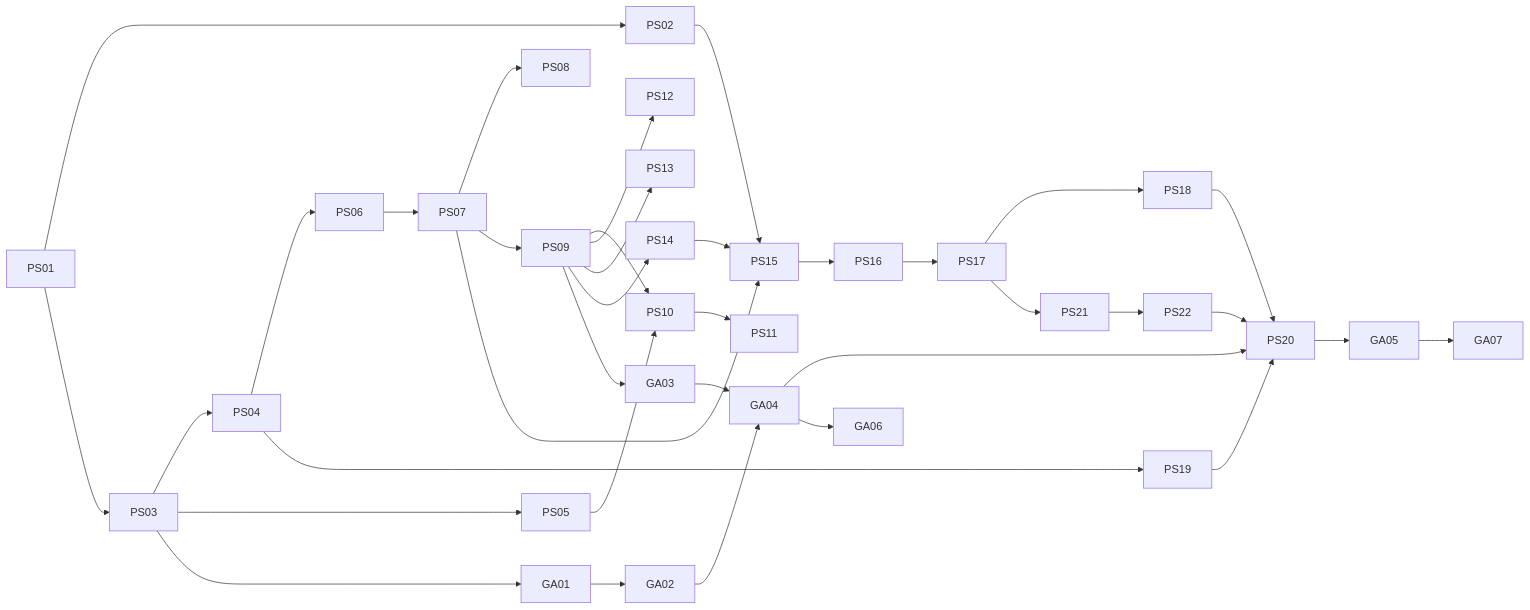
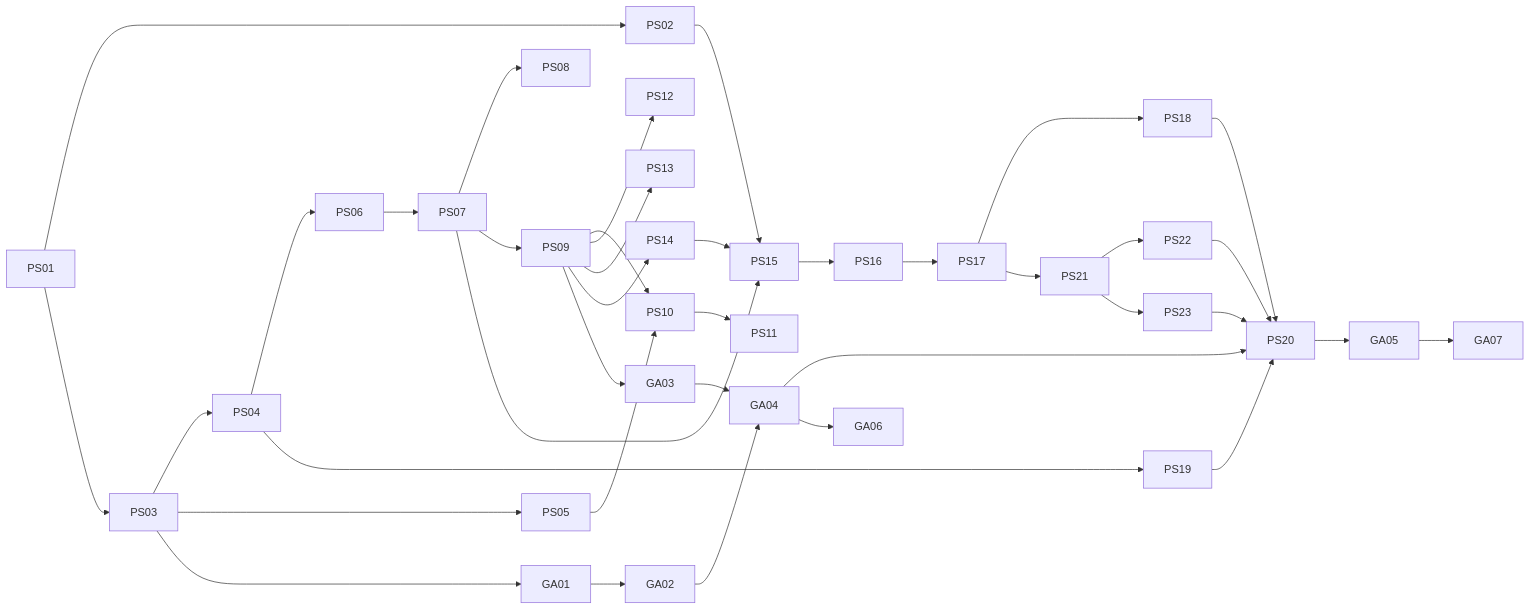
One commit to svennijhuis/agentPacks changed the first of 2 diagrams in docs/pbi/squad/README.md. Above: the diagram before and after it, drawn with Mermaid. The commit also changed other lines of this file and 10 other files, not shown here.

Commit message:
docs(pbi): PS23 repo process (git guardrails, pre-commit per language, issue tracker, setup state, retro target); PS21 ownership manifest and full chart table; PS22 formal pair back to pin, sync marker, clean run no PR

````diff
--- a/docs/pbi/squad/README.md
+++ b/docs/pbi/squad/README.md
@@ -118,21 +119,22 @@
 ```mermaid
 flowchart LR
   PS01 --> PS02 --> PS15
   PS01 --> PS03 --> PS04 --> PS06 --> PS07 --> PS08
   PS03 --> PS05 --> PS10
   PS07 --> PS09
   PS09 --> PS10 --> PS11
   PS09 --> PS12
   PS09 --> PS13
   PS09 --> PS14 --> PS15
   PS07 --> PS15 --> PS16 --> PS17 --> PS18
   PS04 --> PS19
   PS03 --> GA01 --> GA02 --> GA04
   PS09 --> GA03 --> GA04
   PS18 --> PS20
   PS19 --> PS20
   PS17 --> PS21 --> PS22 --> PS20
+  PS21 --> PS23 --> PS20
   GA04 --> PS20
   GA04 --> GA06
   PS20 --> GA05 --> GA07
 ```
````
